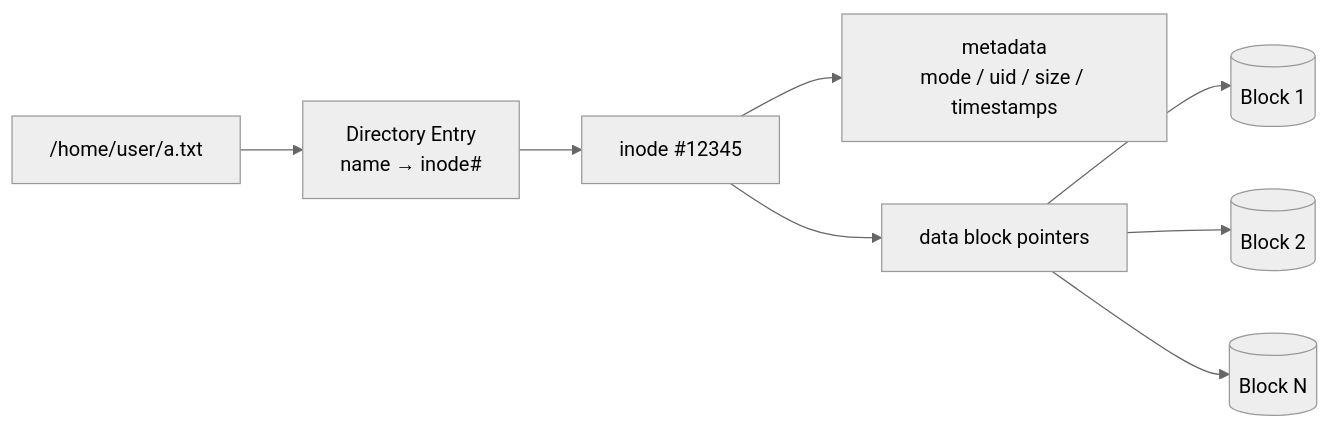
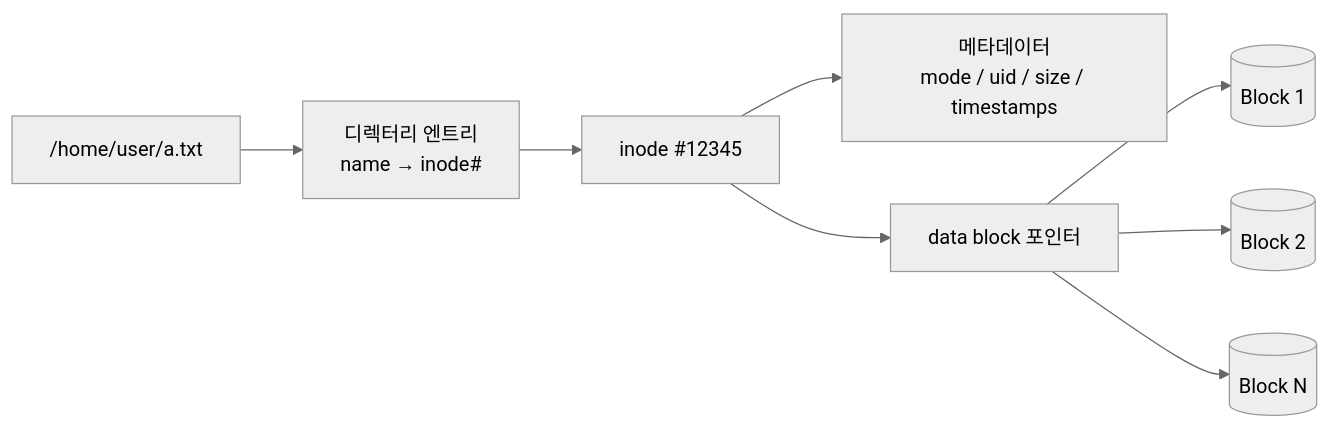
Diagram 23 of 37 in _posts/cs-note/2026-02-27-os.md (mandoobox/mandoobox.github.io), drawn with Mermaid (neutral theme) before and after one commit. The commit also changed other lines of this file and 18 other files, not shown here.

````diff
--- a/_posts/cs-note/2026-02-27-os.md
+++ b/_posts/cs-note/2026-02-27-os.md
@@ -715,10 +721,10 @@
 ```mermaid
 flowchart LR
-  PATH["/home/user/a.txt"] --> DIR["Directory Entry<br/>name → inode#"]
+  PATH["/home/user/a.txt"] --> DIR["디렉터리 엔트리<br/>name → inode#"]
   DIR --> INO["inode #12345"]
-  INO --> META["metadata<br/>mode / uid / size / timestamps"]
-  INO --> PTR["data block pointers"]
+  INO --> META["메타데이터<br/>mode / uid / size / timestamps"]
+  INO --> PTR["data block 포인터"]
   PTR --> D1[(Block 1)]
   PTR --> D2[(Block 2)]
   PTR --> D3[(Block N)]
 ```
````
